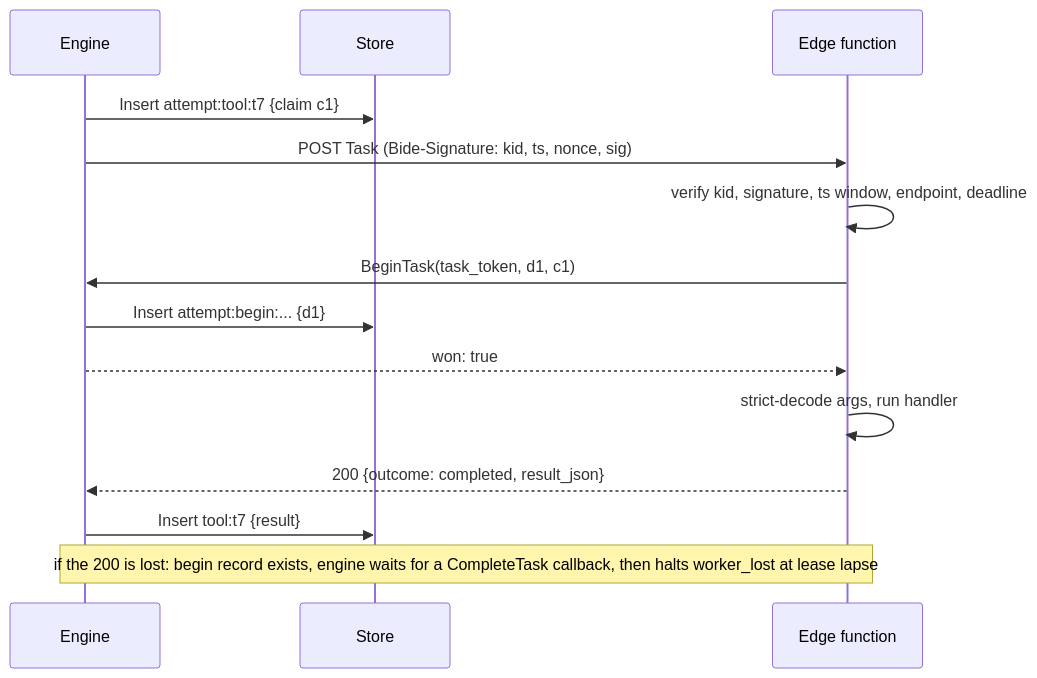
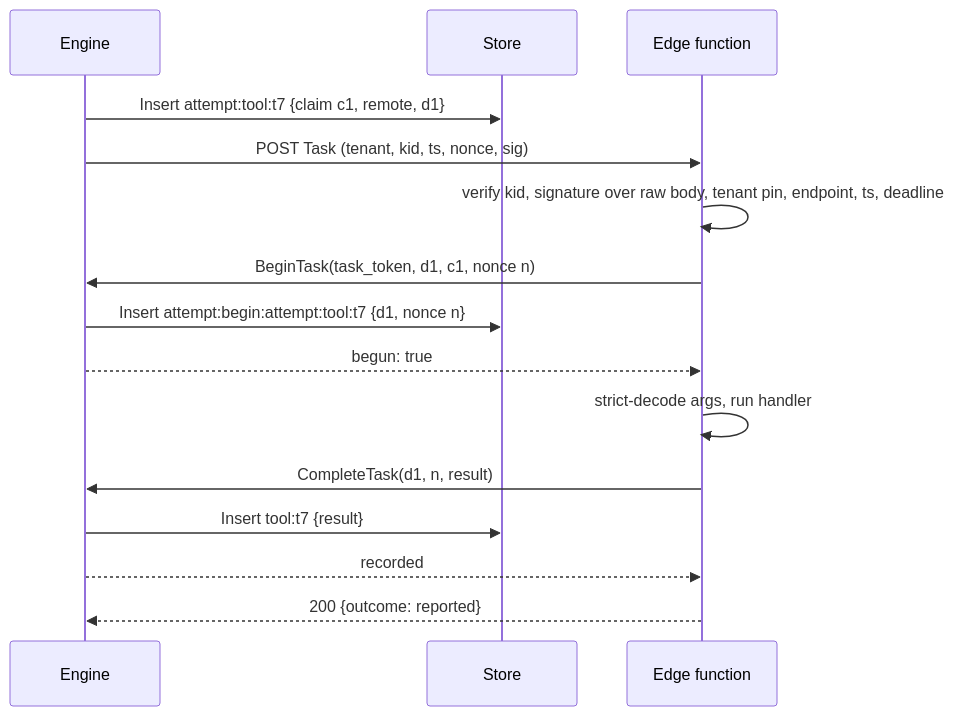
The seventh of 8 diagrams in docs/design/protocol.md (bide-ai/bide), drawn with Mermaid before and after one commit. The commit also changed other lines of this file, not shown here.

First line of the commit message:
docs: bide protocol revision 2 (review and maintainer decisions)

````diff
--- a/docs/design/protocol.md
+++ b/docs/design/protocol.md
@@ -1513,16 +1534,17 @@
 ```mermaid
 sequenceDiagram
     participant E as Engine
     participant S as Store
     participant F as Edge function
-    E->>S: Insert attempt:tool:t7 {claim c1}
-    E->>F: POST Task (Bide-Signature: kid, ts, nonce, sig)
-    F->>F: verify kid, signature, ts window, endpoint, deadline
-    F->>E: BeginTask(task_token, d1, c1)
-    E->>S: Insert attempt:begin:... {d1}
-    E-->>F: won: true
+    E->>S: Insert attempt:tool:t7 {claim c1, remote, d1}
+    E->>F: POST Task (tenant, kid, ts, nonce, sig)
+    F->>F: verify kid, signature over raw body, tenant pin, endpoint, ts, deadline
+    F->>E: BeginTask(task_token, d1, c1, nonce n)
+    E->>S: Insert attempt:begin:attempt:tool:t7 {d1, nonce n}
+    E-->>F: begun: true
     F->>F: strict-decode args, run handler
-    F-->>E: 200 {outcome: completed, result_json}
+    F->>E: CompleteTask(d1, n, result)
     E->>S: Insert tool:t7 {result}
-    Note over E,F: if the 200 is lost: begin record exists, engine waits for a CompleteTask callback, then halts worker_lost at lease lapse
+    E-->>F: recorded
+    F-->>E: 200 {outcome: reported}
 ```
````
